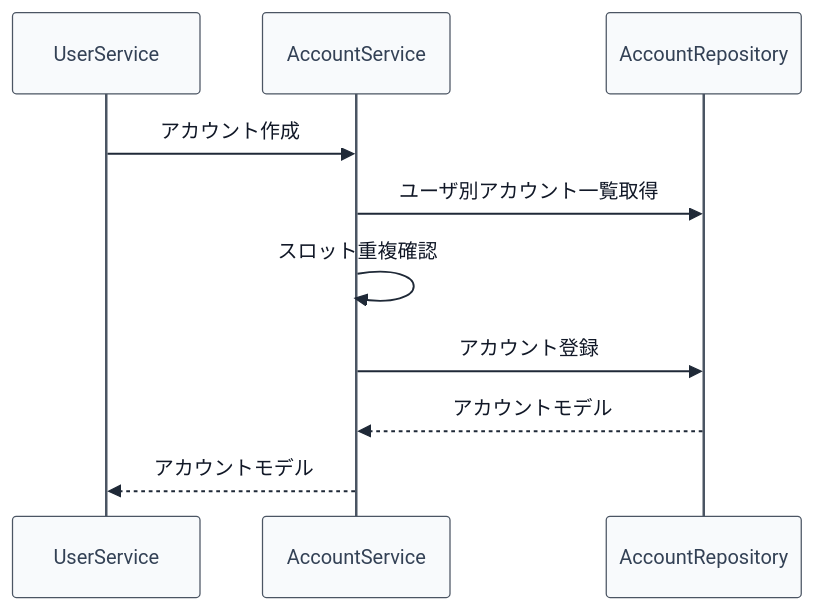
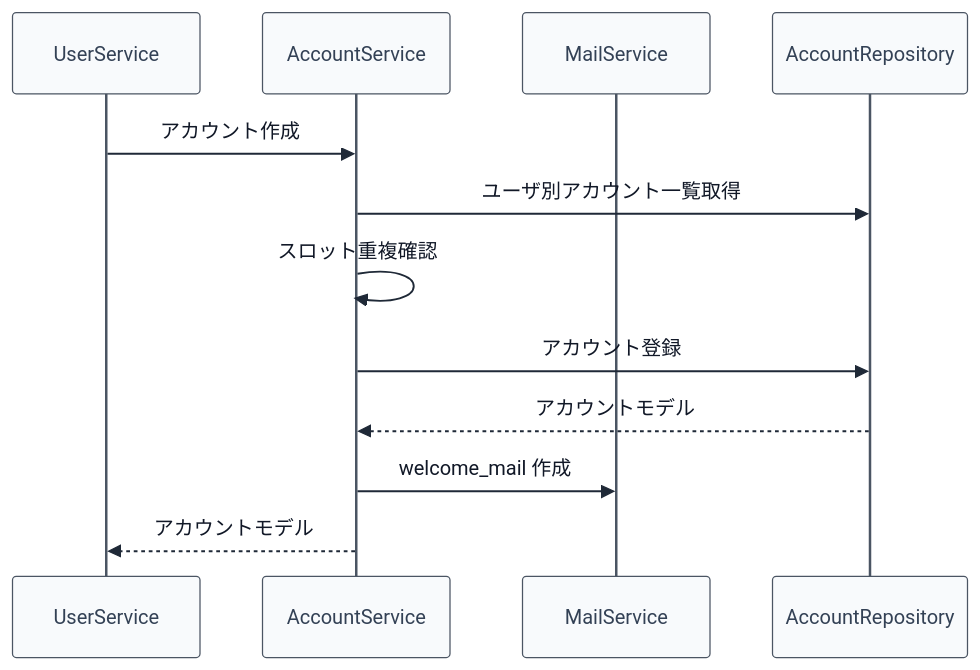
The diagram in 00_docs/10_プラグイン設計書/feature/02-account/4-統合フロー/02_4.00-統合フロー.md (maaasu/AstralRecord-Workspace), drawn with Mermaid before and after one commit. The commit also changed other lines of this file and 53 other files, not shown here.

````diff
--- a/00_docs/10_プラグイン設計書/feature/02-account/4-統合フロー/02_4.00-統合フロー.md
+++ b/00_docs/10_プラグイン設計書/feature/02-account/4-統合フロー/02_4.00-統合フロー.md
@@ -5,14 +5,16 @@
 ```mermaid
 %%{init: {"theme": "base", "themeVariables": {"lineColor": "#1f2937", "signalColor": "#1f2937", "signalTextColor": "#111827", "actorBkg": "#f8fafc", "actorBorder": "#4b5563", "actorTextColor": "#334155", "labelBoxBkgColor": "#ffffff", "labelBoxBorderColor": "#374151", "labelTextColor": "#111827"}}}%%
 sequenceDiagram
     participant US as UserService
     participant AS as AccountService
+    participant MS as MailService
     participant AR as AccountRepository
 
     US->>AS: アカウント作成
     AS->>AR: ユーザ別アカウント一覧取得
     AS->>AS: スロット重複確認
     AS->>AR: アカウント登録
     AR-->>AS: アカウントモデル
+    AS->>MS: welcome_mail 作成
     AS-->>US: アカウントモデル
 ```
````
